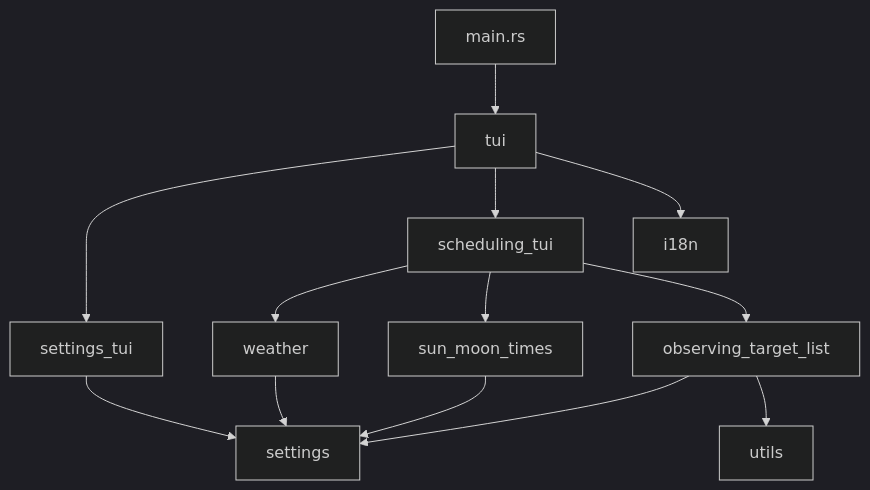
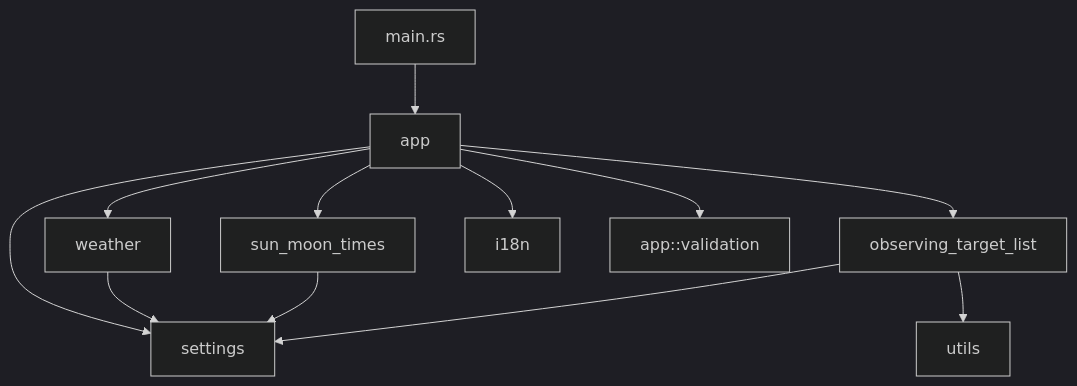
The diagram in docs/architecture.md (ziriuz84/asteroid_tui), drawn with Mermaid (dark theme) before and after one commit. The commit also changed other lines of this file and 11 other files, not shown here.

````diff
--- a/docs/architecture.md
+++ b/docs/architecture.md
@@ -7,15 +7,14 @@
 ```mermaid
 flowchart TB
-    main[main.rs] --> tui[tui]
-    tui --> settings_tui[settings_tui]
-    tui --> scheduling_tui[scheduling_tui]
-    scheduling_tui --> weather[weather]
-    scheduling_tui --> sun_moon_times[sun_moon_times]
-    scheduling_tui --> observing_target_list[observing_target_list]
-    weather --> settings[settings]
+    main[main.rs] --> app[app]
+    app --> weather[weather]
+    app --> sun_moon_times[sun_moon_times]
+    app --> observing_target_list[observing_target_list]
+    app --> settings[settings]
+    app --> i18n[i18n]
+    app --> validation[app::validation]
+    weather --> settings
     sun_moon_times --> settings
     observing_target_list --> settings
-    settings_tui --> settings
-    tui --> i18n[i18n]
     observing_target_list --> utils[utils]
 ```
````
